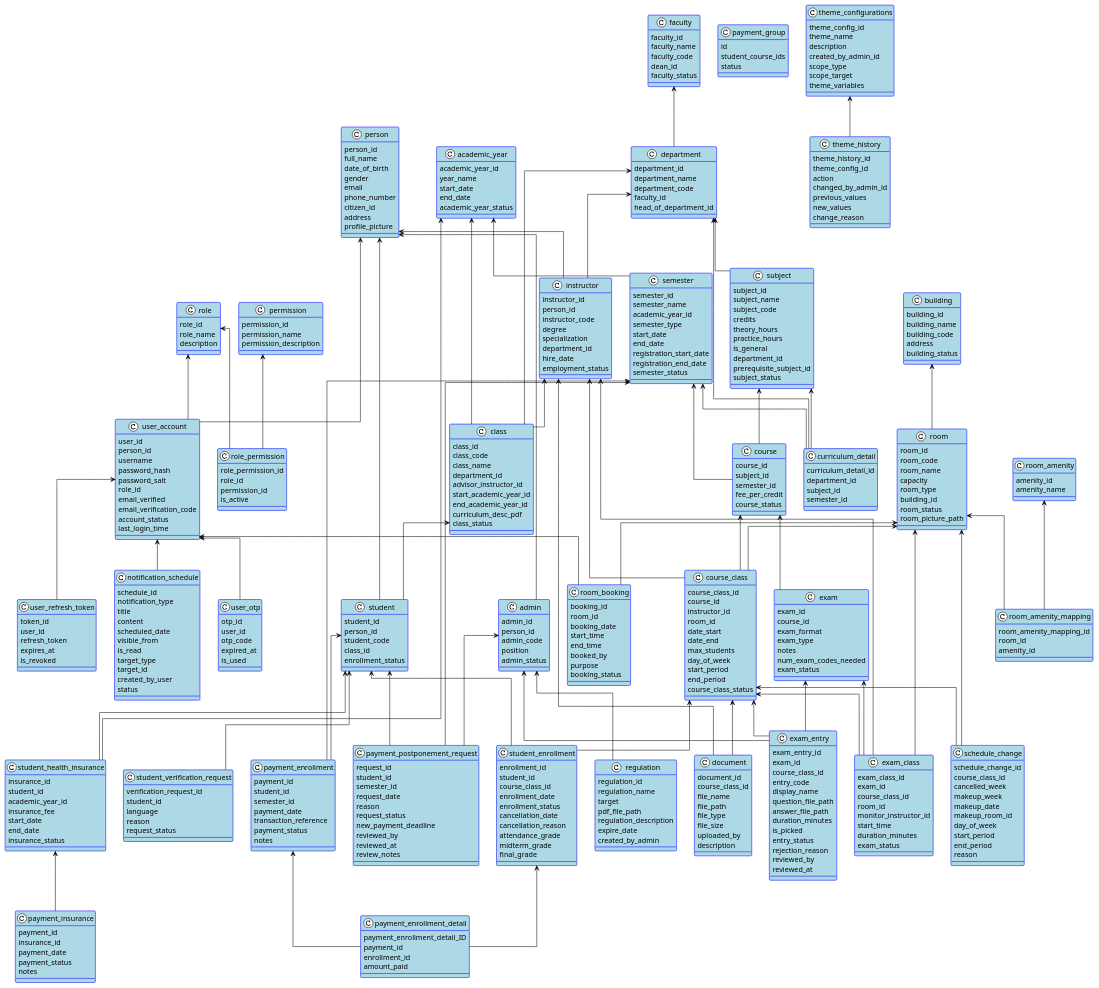
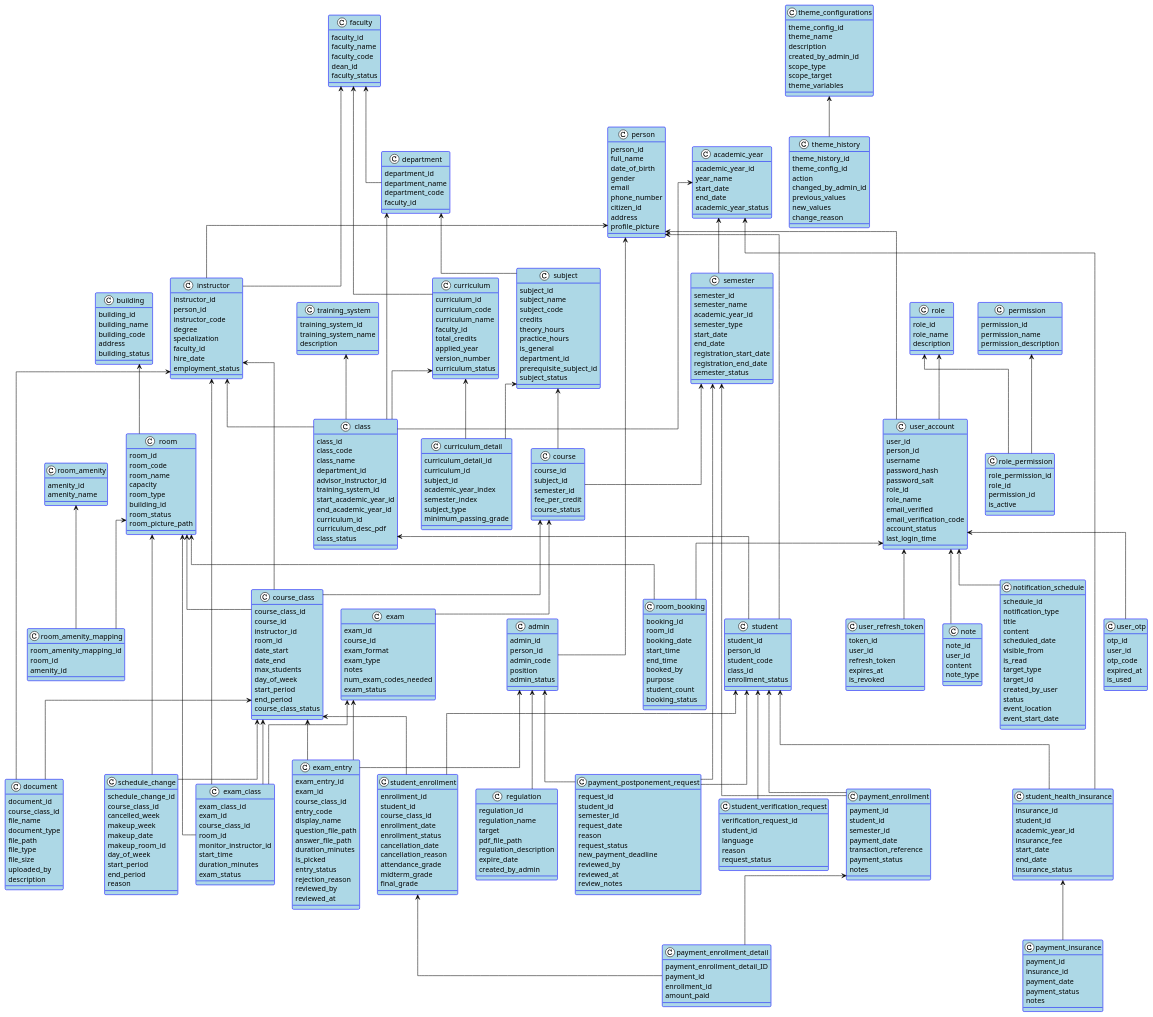
One commit to lat08/database-qldh changed the diagram in visualize/diagram.puml. Above: the diagram before and after it, drawn with PlantUML. The commit also changed 16 other files, not shown here.

Commit message:
Added curriculum table (curriculum will now represented as a single whole entities), change curricullum details, added course_class grades info, added 3 columns for draft grades in enrolllment

```diff
--- a/visualize/diagram.puml
+++ b/visualize/diagram.puml
@@ -12,21 +12,24 @@
 ' Level 0 tables
 class curriculum_detail {
   curriculum_detail_id
-  department_id
+  curriculum_id
   subject_id
-  semester_id
+  academic_year_index
+  semester_index
+  subject_type
+  minimum_passing_grade
 }
 class department {
   department_id
   department_name
   department_code
   faculty_id
-  head_of_department_id
 }
 class document {
   document_id
   course_class_id
   file_name
+  document_type
   file_path
   file_type
   file_size
@@ -65,6 +68,12 @@
   dean_id
   faculty_status
 }
+class note {
+  note_id
+  user_id
+  content
+  note_type
+}
 class notification_schedule {
   schedule_id
   notification_type
@@ -77,17 +86,14 @@
   target_id
   created_by_user
   status
+  event_location
+  event_start_date
 }
 class payment_enrollment_detail {
   payment_enrollment_detail_ID
   payment_id
   enrollment_id
   amount_paid
-}
-class payment_group {
-  id
-  student_course_ids
-  status
 }
 class payment_insurance {
   payment_id
@@ -136,6 +142,7 @@
   end_time
   booked_by
   purpose
+  student_count
   booking_status
 }
 class schedule_change {
@@ -265,6 +272,7 @@
   password_hash
   password_salt
   role_id
+  role_name
   email_verified
   email_verification_code
   account_status
@@ -305,8 +313,10 @@
   class_name
   department_id
   advisor_instructor_id
+  training_system_id
   start_academic_year_id
   end_academic_year_id
+  curriculum_id
   curriculum_desc_pdf
   class_status
 }
@@ -336,13 +346,23 @@
   address
   building_status
 }
+class curriculum {
+  curriculum_id
+  curriculum_code
+  curriculum_name
+  faculty_id
+  total_credits
+  applied_year
+  version_number
+  curriculum_status
+}
 class instructor {
   instructor_id
   person_id
   instructor_code
   degree
   specialization
-  department_id
+  faculty_id
   hire_date
   employment_status
 }
@@ -356,6 +376,11 @@
   registration_start_date
   registration_end_date
   semester_status
+}
+class training_system {
+  training_system_id
+  training_system_name
+  description
 }
 
 ' Level 5 tables
@@ -383,6 +408,7 @@
 permission <-- role_permission
 person <-- user_account
 role <-- user_account
+user_account <-- note
 user_account <-- user_otp
 user_account <-- user_refresh_token
 building <-- room
@@ -391,17 +417,19 @@
 academic_year <-- semester
 faculty <-- department
 person <-- instructor
-department <-- instructor
+faculty <-- instructor
 department <-- subject
 department <-- class
 instructor <-- class
+training_system <-- class
 academic_year <-- class
+curriculum <-- class
 person <-- student
 class <-- student
 person <-- admin
-department <-- curriculum_detail
+faculty <-- curriculum
+curriculum <-- curriculum_detail
 subject <-- curriculum_detail
-semester <-- curriculum_detail
 subject <-- course
 semester <-- course
 course <-- course_class
```
